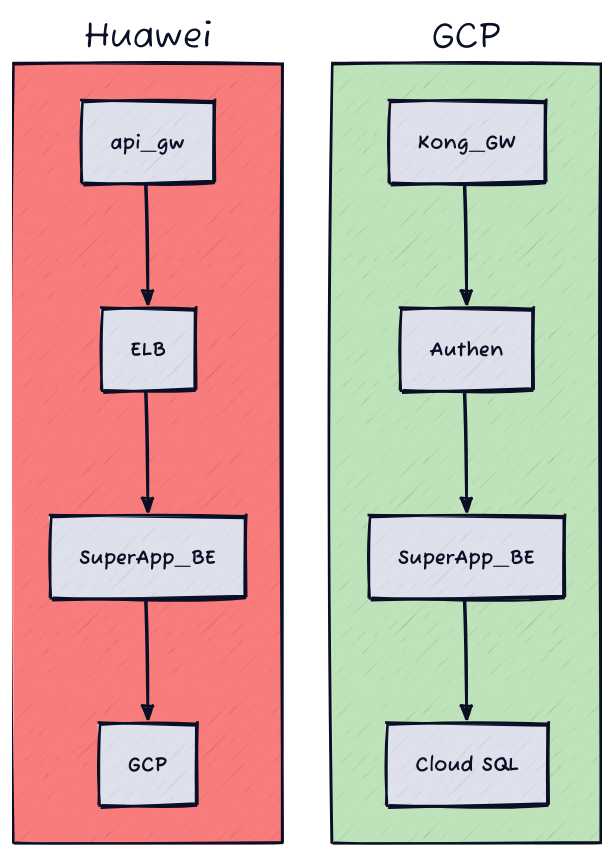
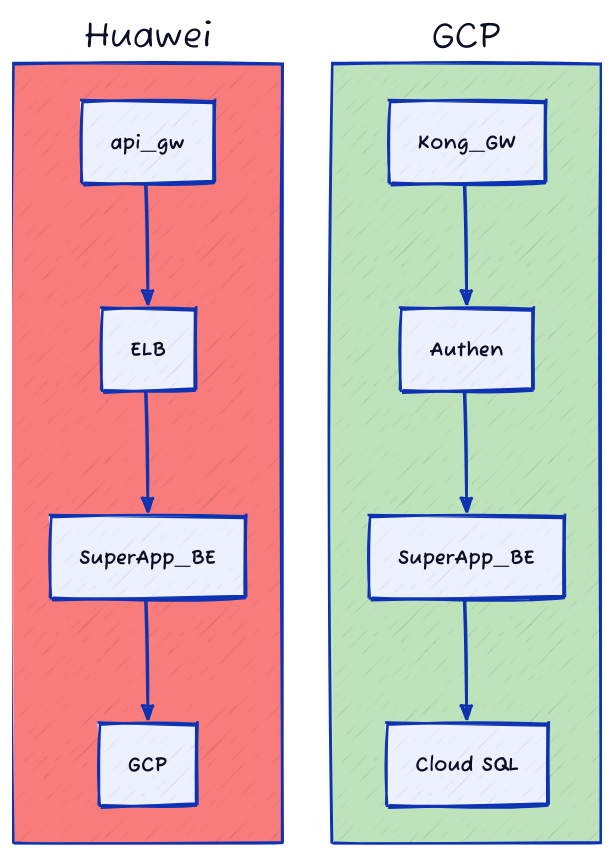
Before and after one commit to natthpoly/natthapolxpo: the diagram in CloudMigration/CloudMigration_Overview.d2, drawn with D2. The commit also changed 1 other file, not shown here.

```diff
--- a/CloudMigration/CloudMigration_Overview.d2
+++ b/CloudMigration/CloudMigration_Overview.d2
@@ -1,26 +1,24 @@
 vars: {
   d2-config: {
     sketch: true
-    theme-id: 1
   }
 }
 
 Huawei: {
   style: {
     fill: "#f97c7c"
     border-radius: 5
-    
   }
   api_gw -> ELB
   ELB -> SuperApp_BE
   SuperApp_BE -> GCP
 }
 GCP: {
   style: {
     fill: "#BEE3BA"
     border-radius: 5
   }
   Kong_GW -> Authen
   Authen -> SuperApp_BE
   SuperApp_BE -> Cloud SQL
 }
```
